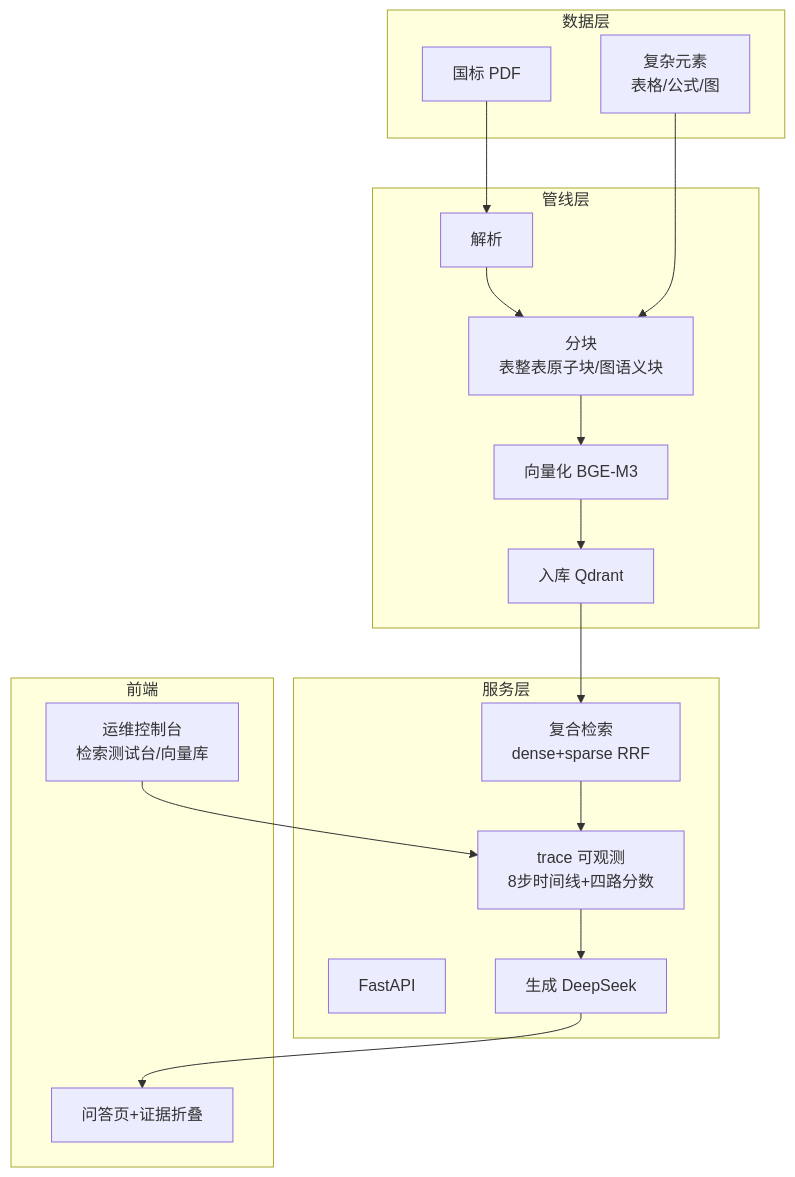
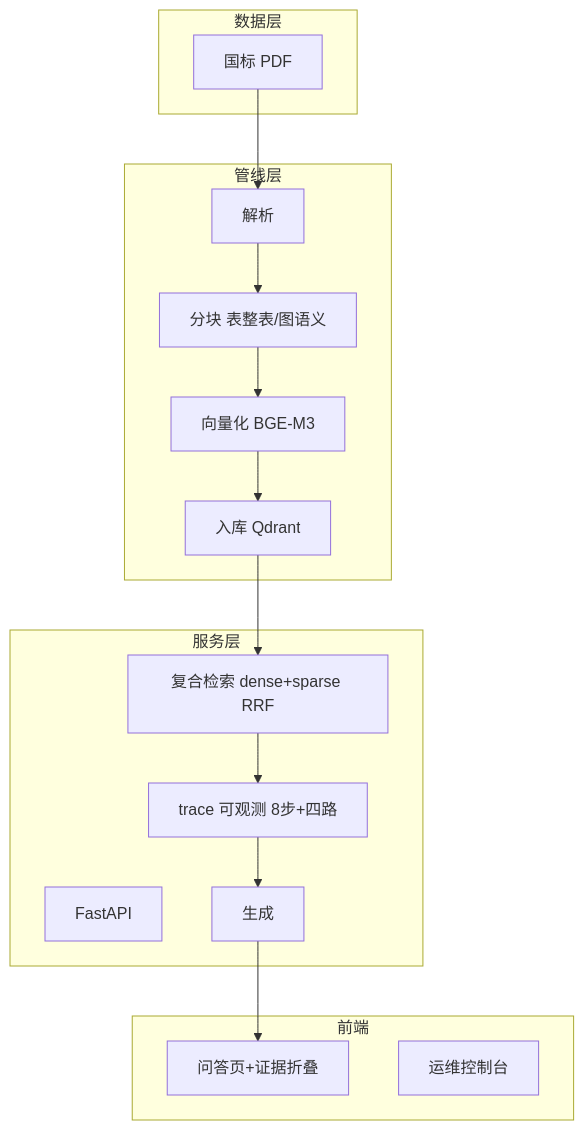
The second of 3 diagrams in docs/02-系统架构与选型.md (lizh996/w2-knowledge-assistant), drawn with Mermaid before and after one commit. The commit also changed other lines of this file and 5 other files, not shown here.

````diff
--- a/docs/02-系统架构与选型.md
+++ b/docs/02-系统架构与选型.md
@@ -34,29 +40,26 @@
 ```mermaid
 flowchart TB
-    subgraph 数据层
+    subgraph s1["数据层"]
         PDF[国标 PDF]
-        CE[复杂元素<br/>表格/公式/图]
     end
-    subgraph 管线层
-        P1[解析] --> P2[分块<br/>表整表原子块/图语义块]
+    subgraph s2["管线层"]
+        P1[解析] --> P2[分块 表整表/图语义]
         P2 --> P3[向量化 BGE-M3]
         P3 --> P4[入库 Qdrant]
     end
-    subgraph 服务层
+    subgraph s3["服务层"]
         API[FastAPI]
-        RET[复合检索<br/>dense+sparse RRF]
-        TRACE[trace 可观测<br/>8步时间线+四路分数]
-        GEN[生成 DeepSeek]
+        RET[复合检索 dense+sparse RRF]
+        TRACE[trace 可观测 8步+四路]
+        GEN[生成]
     end
-    subgraph 前端
+    subgraph s4["前端"]
         UI[问答页+证据折叠]
-        ADMIN[运维控制台<br/>检索测试台/向量库]
+        ADMIN[运维控制台]
     end
     PDF --> P1
-    CE --> P2
     P4 --> RET
     RET --> TRACE
     TRACE --> GEN
     GEN --> UI
-    ADMIN --> TRACE
 ```
````
